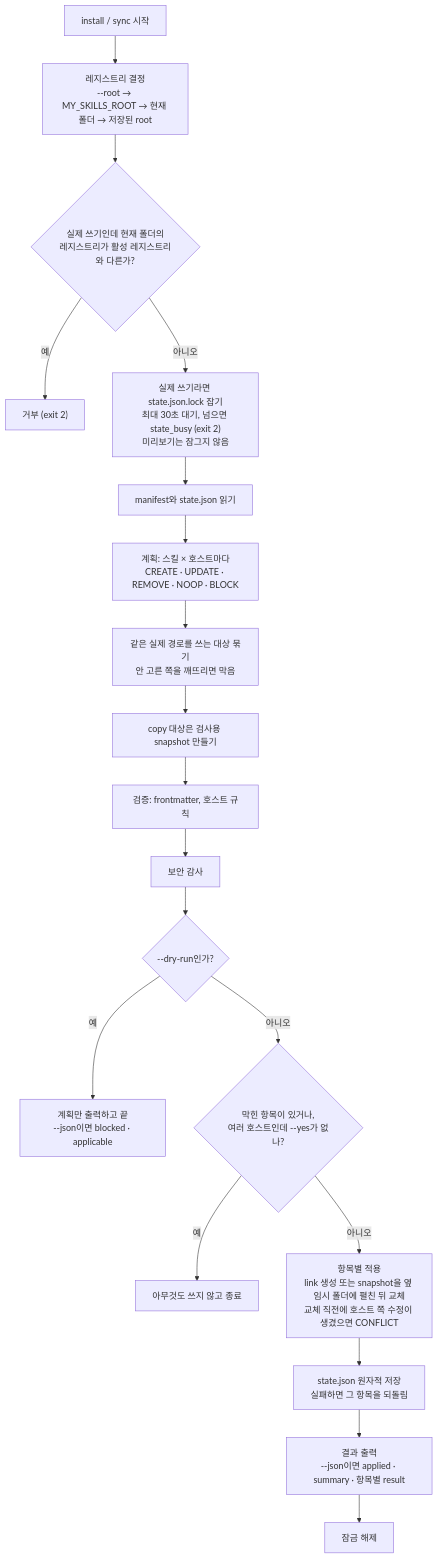
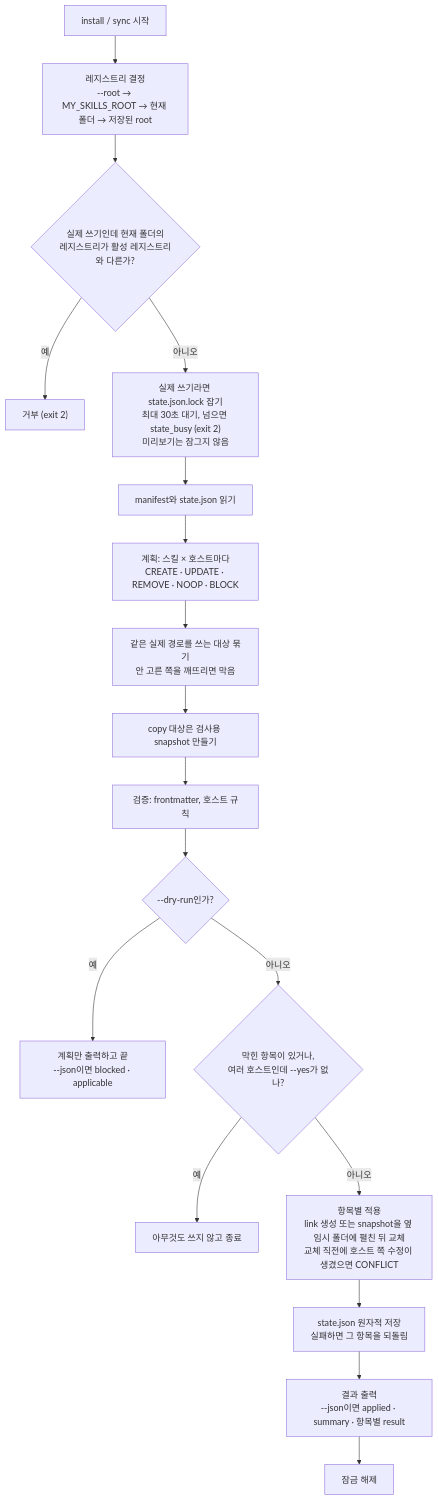
The fourth of 9 diagrams in docs/system-map.ko.md (Seosiju/my-skills), drawn with Mermaid before and after one commit. The commit also changed other lines of this file and 87 other files, not shown here.

````diff
--- a/docs/system-map.ko.md
+++ b/docs/system-map.ko.md
@@ -178,21 +177,20 @@
 ```mermaid
 flowchart TD
   A["install / sync 시작"] --> B["레지스트리 결정<br/>--root → MY_SKILLS_ROOT → 현재 폴더 → 저장된 root"]
   B --> C{"실제 쓰기인데 현재 폴더의<br/>레지스트리가 활성 레지스트리와 다른가?"}
   C -- 예 --> X1["거부 (exit 2)"]
   C -- 아니오 --> D["실제 쓰기라면 state.json.lock 잡기<br/>최대 30초 대기, 넘으면 state_busy (exit 2)<br/>미리보기는 잠그지 않음"]
   D --> E["manifest와 state.json 읽기"]
   E --> F["계획: 스킬 × 호스트마다<br/>CREATE · UPDATE · REMOVE · NOOP · BLOCK"]
   F --> G["같은 실제 경로를 쓰는 대상 묶기<br/>안 고른 쪽을 깨뜨리면 막음"]
   G --> H["copy 대상은 검사용 snapshot 만들기"]
   H --> I["검증: frontmatter, 호스트 규칙"]
-  I --> J["보안 감사"]
-  J --> K{"--dry-run인가?"}
+  I --> K{"--dry-run인가?"}
   K -- 예 --> P["계획만 출력하고 끝<br/>--json이면 blocked · applicable"]
   K -- 아니오 --> M{"막힌 항목이 있거나,<br/>여러 호스트인데 --yes가 없나?"}
   M -- 예 --> X2["아무것도 쓰지 않고 종료"]
   M -- 아니오 --> N["항목별 적용<br/>link 생성 또는 snapshot을 옆 임시 폴더에 펼친 뒤 교체<br/>교체 직전에 호스트 쪽 수정이 생겼으면 CONFLICT"]
   N --> O["state.json 원자적 저장<br/>실패하면 그 항목을 되돌림"]
   O --> Q["결과 출력<br/>--json이면 applied · summary · 항목별 result"]
   Q --> Z["잠금 해제"]
 ```
````
